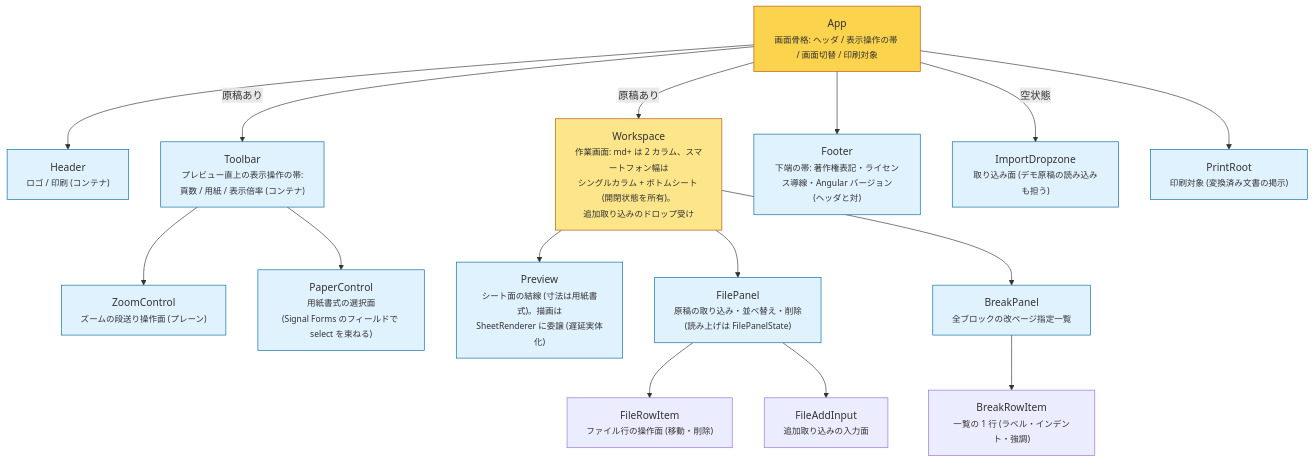
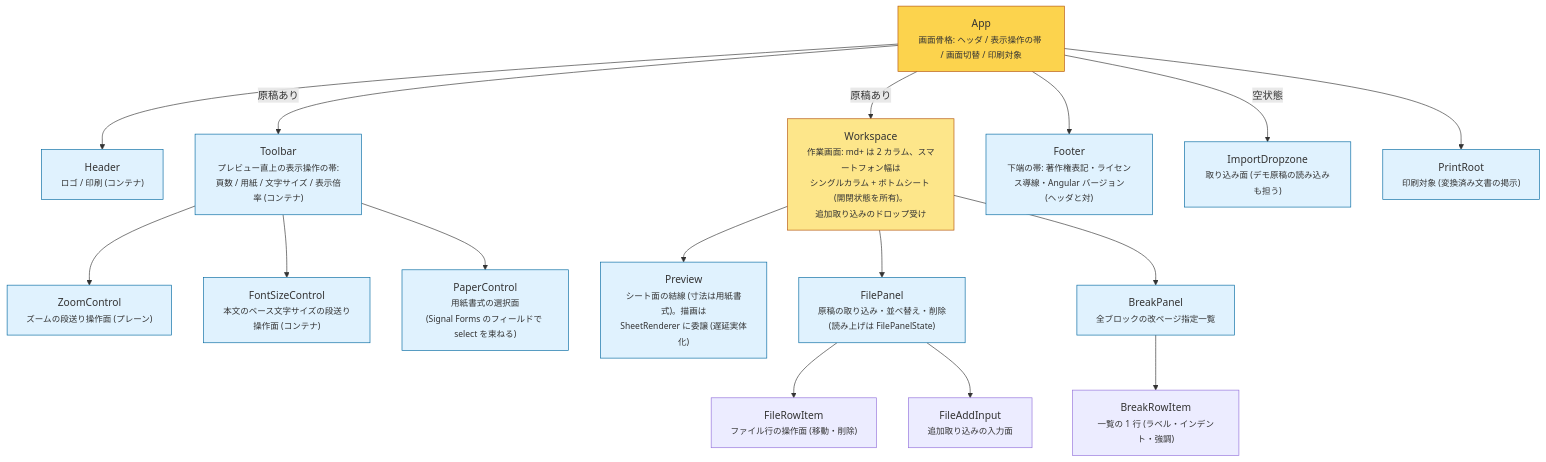
The diagram in docs/component-tree.md (lacolaco/printmd), drawn with Mermaid before and after one commit. The commit also changed other lines of this file and 17 other files, not shown here.

````diff
--- a/docs/component-tree.md
+++ b/docs/component-tree.md
@@ -6,40 +6,42 @@
 ```mermaid
 flowchart TB
   APP["App<br/><small>画面骨格: ヘッダ / 表示操作の帯 / 画面切替 / 印刷対象</small>"]
   HEADER["Header<br/><small>ロゴ / 印刷 (コンテナ)</small>"]
-  TOOLBAR["Toolbar<br/><small>プレビュー直上の表示操作の帯:<br/>頁数 / 用紙 / 表示倍率 (コンテナ)</small>"]
+  TOOLBAR["Toolbar<br/><small>プレビュー直上の表示操作の帯:<br/>頁数 / 用紙 / 文字サイズ / 表示倍率 (コンテナ)</small>"]
   ZOOMC["ZoomControl<br/><small>ズームの段送り操作面 (プレーン)</small>"]
+  FONTC["FontSizeControl<br/><small>本文のベース文字サイズの段送り操作面 (コンテナ)</small>"]
   PAPERC["PaperControl<br/><small>用紙書式の選択面<br/>(Signal Forms のフィールドで select を束ねる)</small>"]
   WS["Workspace<br/><small>作業画面: md+ は 2 カラム、スマートフォン幅は<br/>シングルカラム + ボトムシート (開閉状態を所有)。<br/>追加取り込みのドロップ受け</small>"]
   PREVIEW["Preview<br/><small>シート面の結線 (寸法は用紙書式)。描画は<br/>SheetRenderer に委譲 (遅延実体化)</small>"]
   FILEP["FilePanel<br/><small>原稿の取り込み・並べ替え・削除<br/>(読み上げは FilePanelState)</small>"]
   BREAKP["BreakPanel<br/><small>全ブロックの改ページ指定一覧</small>"]
   BREAKROW["BreakRowItem<br/><small>一覧の 1 行 (ラベル・インデント・強調)</small>"]
   FILEROW["FileRowItem<br/><small>ファイル行の操作面 (移動・削除)</small>"]
   FILEADD["FileAddInput<br/><small>追加取り込みの入力面</small>"]
   FOOTER["Footer<br/><small>下端の帯: 著作権表記・ライセンス導線・Angular バージョン<br/>(ヘッダと対)</small>"]
   DROP["ImportDropzone<br/><small>取り込み面 (デモ原稿の読み込みも担う)</small>"]
   PRINT["PrintRoot<br/><small>印刷対象 (変換済み文書の掲示)</small>"]
 
   APP --> HEADER
   APP -->|"原稿あり"| TOOLBAR
   TOOLBAR --> ZOOMC
+  TOOLBAR --> FONTC
   TOOLBAR --> PAPERC
   APP --> FOOTER
   APP -->|"原稿あり"| WS
   APP -->|"空状態"| DROP
   APP --> PRINT
   WS --> PREVIEW
   WS --> FILEP
   WS --> BREAKP
   BREAKP --> BREAKROW
   FILEP --> FILEROW
   FILEP --> FILEADD
 
   classDef shell fill:#fcd34d,stroke:#b45309
   classDef layout fill:#fde68a,stroke:#b45309
   classDef leaf fill:#e0f2fe,stroke:#0369a1
   class APP shell
   class WS layout
-  class HEADER,TOOLBAR,ZOOMC,PAPERC,PREVIEW,FILEP,BREAKP,FOOTER,DROP,PRINT leaf
+  class HEADER,TOOLBAR,ZOOMC,FONTC,PAPERC,PREVIEW,FILEP,BREAKP,FOOTER,DROP,PRINT leaf
 ```
````
